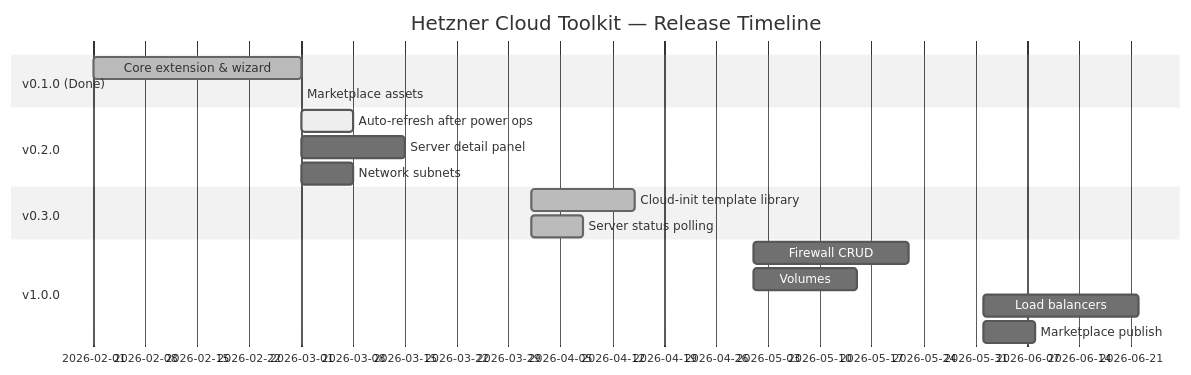
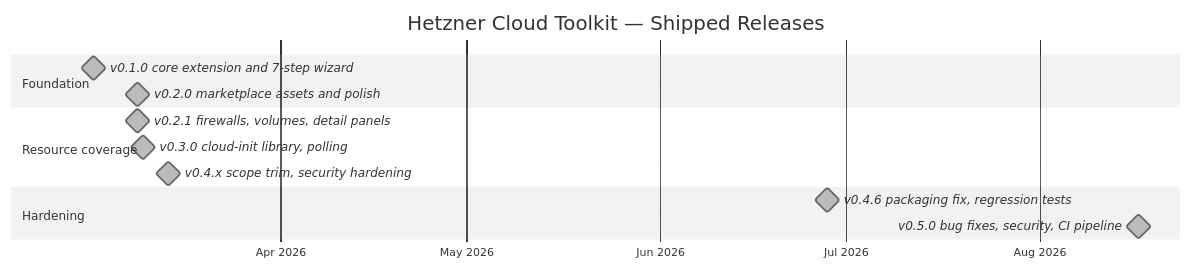
Before and after one commit to brwinnov/HetznerCloudToolkit: the third of 3 diagrams in ROADMAP.md, drawn with Mermaid (neutral theme). The commit also changed other lines of this file and 5 other files, not shown here.

````diff
--- a/ROADMAP.md
+++ b/ROADMAP.md
@@ -76,24 +105,19 @@
 ```mermaid
 gantt
-    dateFormat  YYYY-MM
-    title Hetzner Cloud Toolkit — Release Timeline
+    dateFormat  YYYY-MM-DD
+    axisFormat  %b %Y
+    title Hetzner Cloud Toolkit — Shipped Releases
 
-    section v0.1.0 (Done)
-    Core extension & wizard      :done, 2026-02, 2026-03
-    Marketplace assets           :done, 2026-03, 2026-03
+    section Foundation
+    v0.1.0 core extension and 7-step wizard   :milestone, done, 2026-03-02, 0d
+    v0.2.0 marketplace assets and polish      :milestone, done, 2026-03-09, 0d
 
-    section v0.2.0
-    Auto-refresh after power ops :active, 2026-03, 1w
-    Server detail panel          :2026-03, 2w
-    Network subnets              :2026-03, 1w
+    section Resource coverage
+    v0.2.1 firewalls, volumes, detail panels  :milestone, done, 2026-03-09, 0d
+    v0.3.0 cloud-init library, polling        :milestone, done, 2026-03-10, 0d
+    v0.4.x scope trim, security hardening     :milestone, done, 2026-03-14, 0d
 
-    section v0.3.0
-    Cloud-init template library  :done, 2026-04, 2w
-    Server status polling        :done, 2026-04, 1w
-
-    section v1.0.0
-    Firewall CRUD                :2026-05, 3w
-    Volumes                      :2026-05, 2w
-    Load balancers               :2026-06, 3w
-    Marketplace publish          :2026-06, 1w
+    section Hardening
+    v0.4.6 packaging fix, regression tests    :milestone, done, 2026-06-28, 0d
+    v0.5.0 bug fixes, security, CI pipeline   :milestone, done, 2026-08-17, 0d
 ```
````
